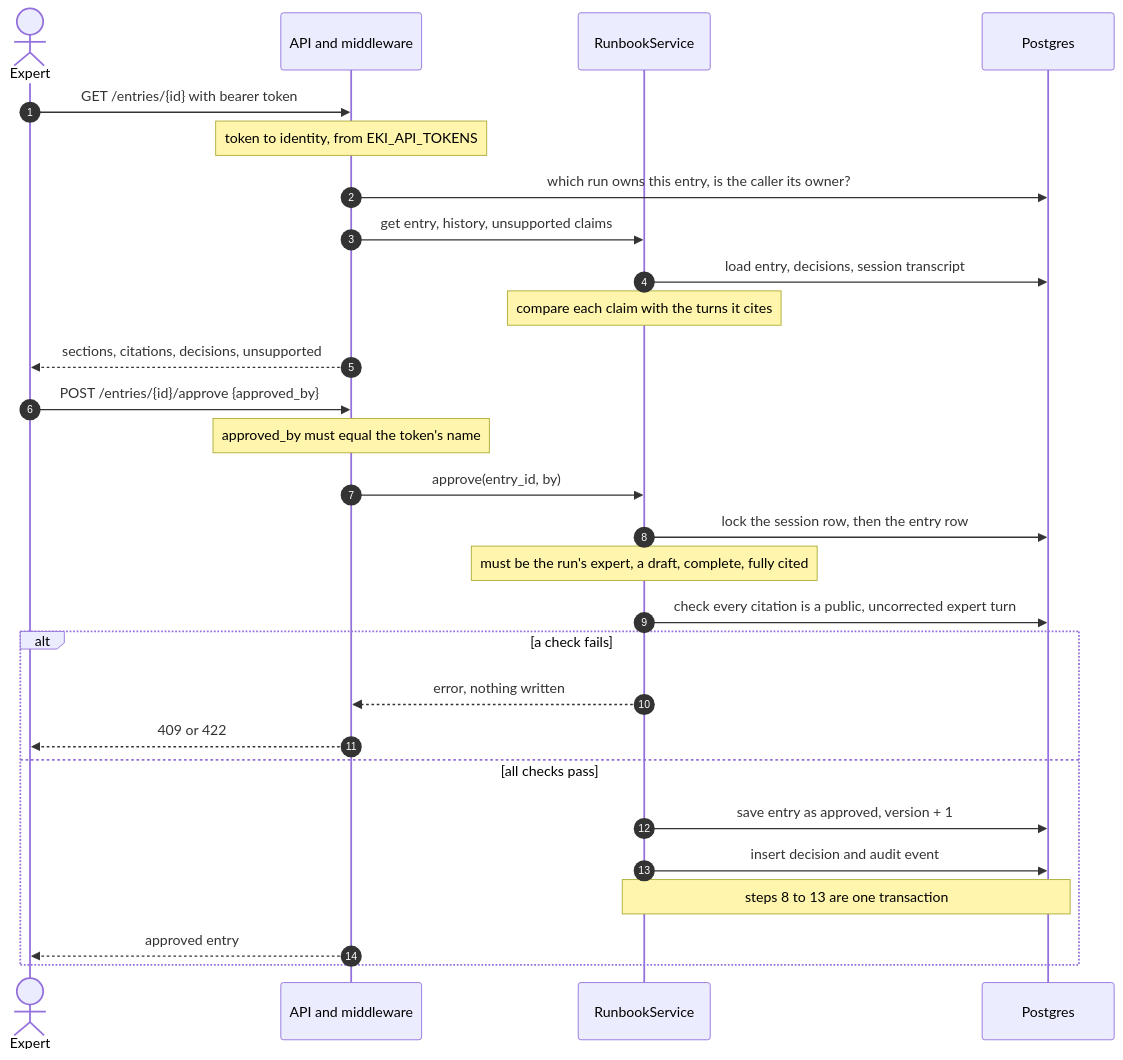
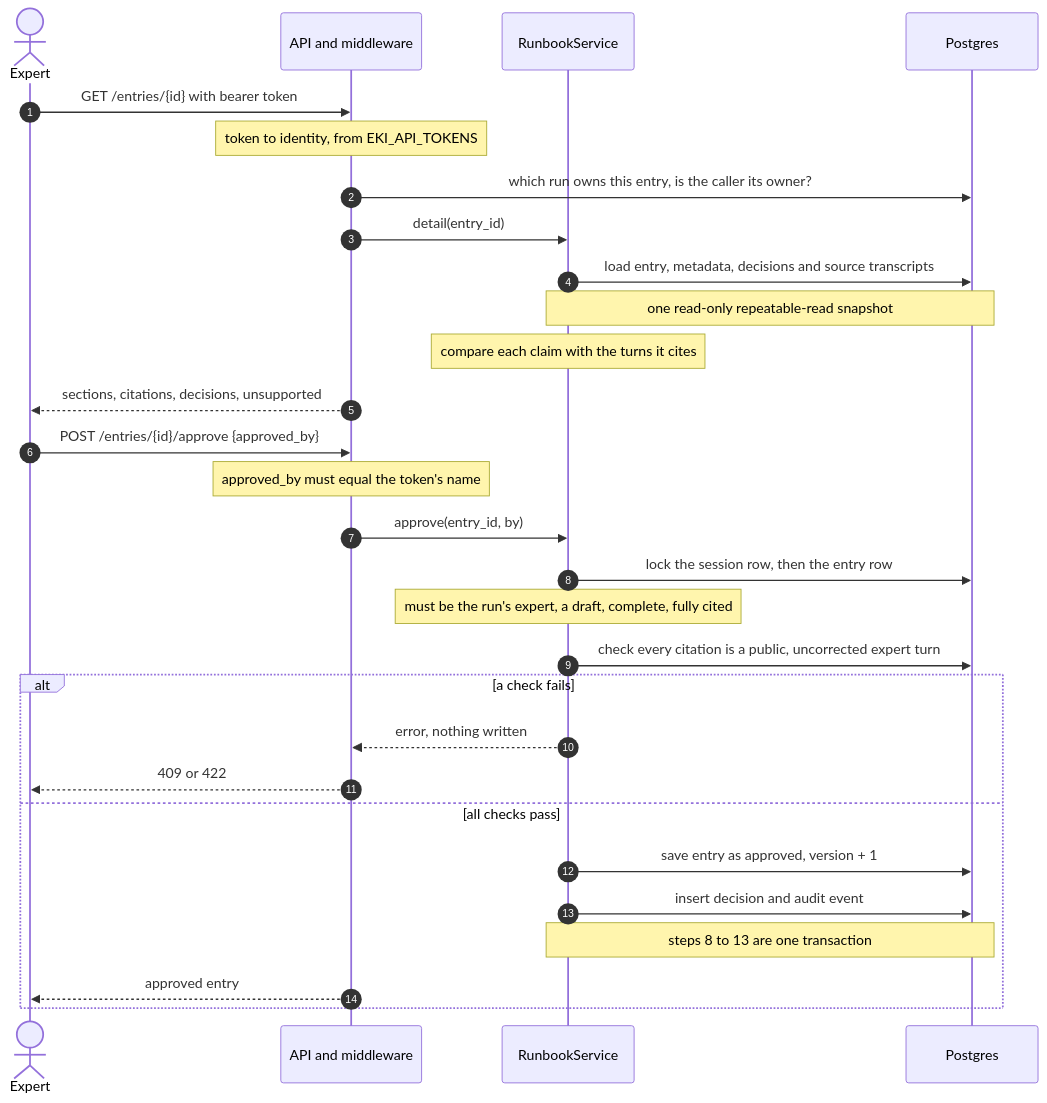
Before and after one commit to medaliyed/exit-knowledge-interviewer: the diagram in docs/flows/review-entry.md, drawn with Mermaid. The commit also changed other lines of this file and 8 other files, not shown here.

````diff
--- a/docs/flows/review-entry.md
+++ b/docs/flows/review-entry.md
@@ -15,32 +15,33 @@
 ```mermaid
 sequenceDiagram
     autonumber
     actor Expert
     participant API as API and middleware
     participant Svc as RunbookService
     participant DB as Postgres
 
     Expert->>API: GET /entries/{id} with bearer token
     Note over API: token to identity, from EKI_API_TOKENS
     API->>DB: which run owns this entry, is the caller its owner?
-    API->>Svc: get entry, history, unsupported claims
-    Svc->>DB: load entry, decisions, session transcript
+    API->>Svc: detail(entry_id)
+    Svc->>DB: load entry, metadata, decisions and source transcripts
+    Note over Svc,DB: one read-only repeatable-read snapshot
     Note over Svc: compare each claim with the turns it cites
     API-->>Expert: sections, citations, decisions, unsupported
 
     Expert->>API: POST /entries/{id}/approve {approved_by}
     Note over API: approved_by must equal the token's name
     API->>Svc: approve(entry_id, by)
     Svc->>DB: lock the session row, then the entry row
     Note over Svc: must be the run's expert, a draft, complete, fully cited
     Svc->>DB: check every citation is a public, uncorrected expert turn
     alt a check fails
         Svc-->>API: error, nothing written
         API-->>Expert: 409 or 422
     else all checks pass
         Svc->>DB: save entry as approved, version + 1
         Svc->>DB: insert decision and audit event
         Note over Svc,DB: steps 8 to 13 are one transaction
         API-->>Expert: approved entry
     end
 ```
````
